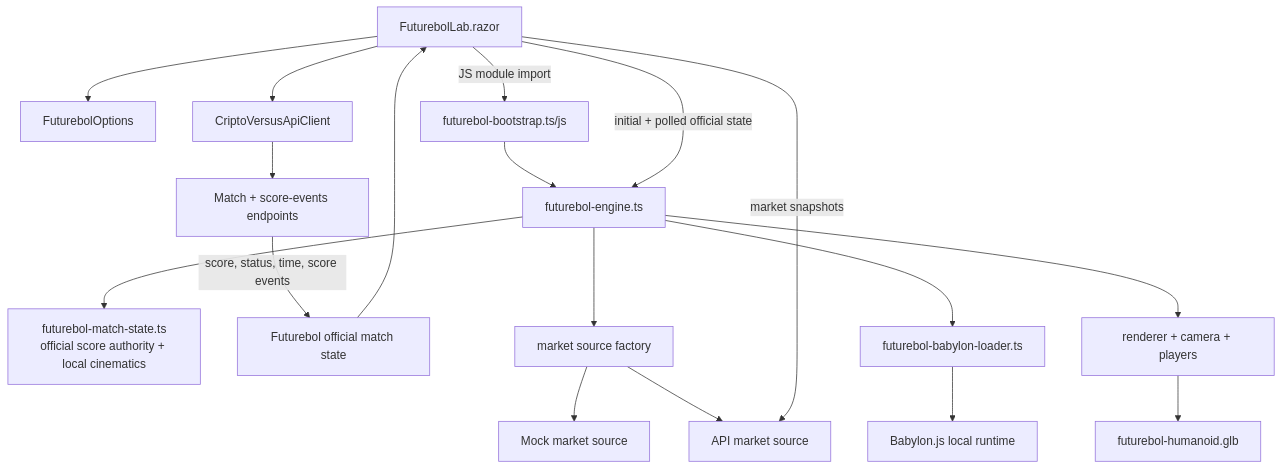
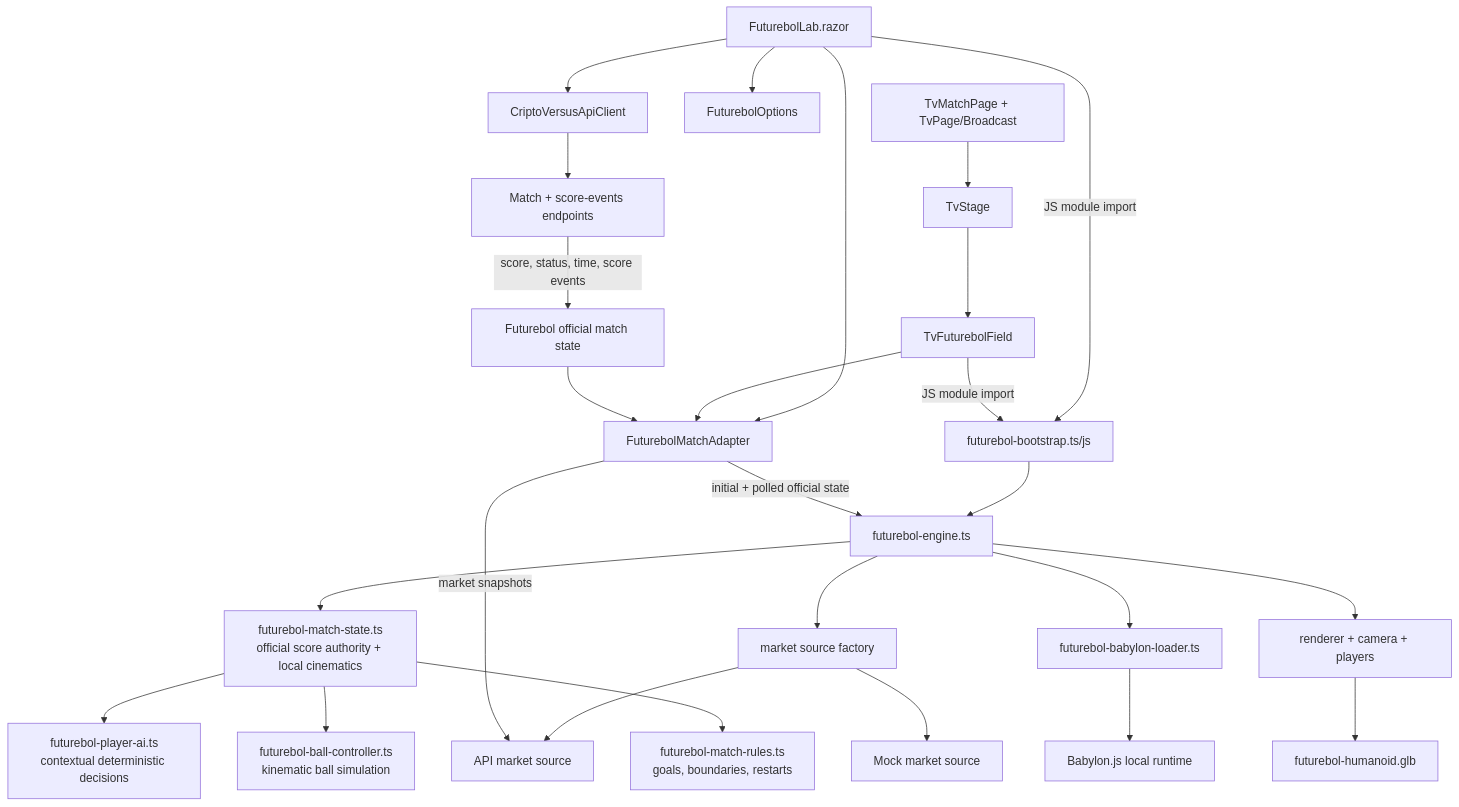
The sixth of 8 diagrams in ARCHITECTURE.md (gigadigito/EthicAI), drawn with Mermaid before and after one commit. The commit also changed other lines of this file and 33 other files, not shown here.

````diff
--- a/ARCHITECTURE.md
+++ b/ARCHITECTURE.md
@@ -397,36 +397,51 @@
 ```mermaid
 flowchart TD
-    Page[FuturebolLab.razor]
+    Lab[FuturebolLab.razor]
+    TvPages[TvMatchPage + TvPage/Broadcast]
+    Stage[TvStage]
+    TvField[TvFuturebolField]
+    Adapter[FuturebolMatchAdapter]
     Options[FuturebolOptions]
     APIClient[CriptoVersusApiClient]
     MatchApi[Match + score-events endpoints]
     Bootstrap[futurebol-bootstrap.ts/js]
     Engine[futurebol-engine.ts]
     State[futurebol-match-state.ts<br/>official score authority + local cinematics]
+    AI[futurebol-player-ai.ts<br/>contextual deterministic decisions]
+    Ball[futurebol-ball-controller.ts<br/>kinematic ball simulation]
+    Rules[futurebol-match-rules.ts<br/>goals, boundaries, restarts]
     Official[Futurebol official match state]
     MarketFactory[market source factory]
     Mock[Mock market source]
     ApiSource[API market source]
     BabylonLoader[futurebol-babylon-loader.ts]
     Babylon[Babylon.js local runtime]
     Renderer[renderer + camera + players]
     GLB[futurebol-humanoid.glb]
 
-    Page --> Options
-    Page --> APIClient
+    Lab --> Options
+    Lab --> APIClient
+    TvPages --> Stage
+    Stage --> TvField
+    Lab --> Adapter
+    TvField --> Adapter
     APIClient --> MatchApi
     MatchApi -->|score, status, time, score events| Official
-    Official --> Page
-    Page -->|JS module import| Bootstrap
+    Official --> Adapter
+    Lab -->|JS module import| Bootstrap
+    TvField -->|JS module import| Bootstrap
     Bootstrap --> Engine
     Engine --> State
+    State --> AI
+    State --> Ball
+    State --> Rules
     Engine --> MarketFactory
     MarketFactory --> Mock
     MarketFactory --> ApiSource
-    Page -->|market snapshots| ApiSource
-    Page -->|initial + polled official state| Engine
+    Adapter -->|market snapshots| ApiSource
+    Adapter -->|initial + polled official state| Engine
     Engine --> BabylonLoader
     BabylonLoader --> Babylon
     Engine --> Renderer
     Renderer --> GLB
 ```
````
